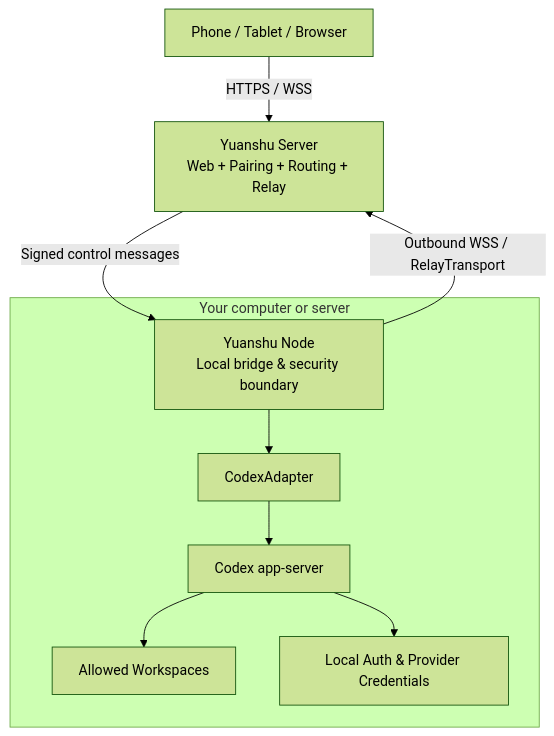
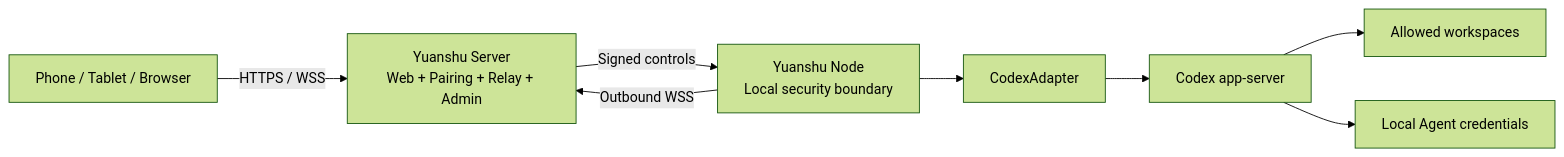
One commit to yuanshu-ai/yuanshu changed the diagram in README.md. Above: the diagram before and after it, drawn with Mermaid (forest theme). The commit also changed other lines of this file and 24 other files, not shown here.

````diff
--- a/README.md
+++ b/README.md
@@ -63,21 +122,10 @@
 ```mermaid
-flowchart TB
-    Client["Phone / Tablet / Browser"]
-    Server["Yuanshu Server<br/>Web + Pairing + Routing + Relay"]
-
-    subgraph Machine["Your computer or server"]
-        Node["Yuanshu Node<br/>Local bridge & security boundary"]
-        Adapter["CodexAdapter"]
-        Codex["Codex app-server"]
-        Workspace["Allowed Workspaces"]
-        Credentials["Local Auth & Provider Credentials"]
-    end
-
-    Client -->|"HTTPS / WSS"| Server
-    Node -->|"Outbound WSS / RelayTransport"| Server
-    Server -->|"Signed control messages"| Node
-    Node --> Adapter
-    Adapter --> Codex
-    Codex --> Workspace
-    Codex --> Credentials
+flowchart LR
+    Client["Phone / Tablet / Browser"] -->|"HTTPS / WSS"| Server["Yuanshu Server<br/>Web + Pairing + Relay + Admin"]
+    Node["Yuanshu Node<br/>Local security boundary"] -->|"Outbound WSS"| Server
+    Server -->|"Signed controls"| Node
+    Node --> Adapter["CodexAdapter"]
+    Adapter --> Codex["Codex app-server"]
+    Codex --> Workspace["Allowed workspaces"]
+    Codex --> Credentials["Local Agent credentials"]
 ```
````
